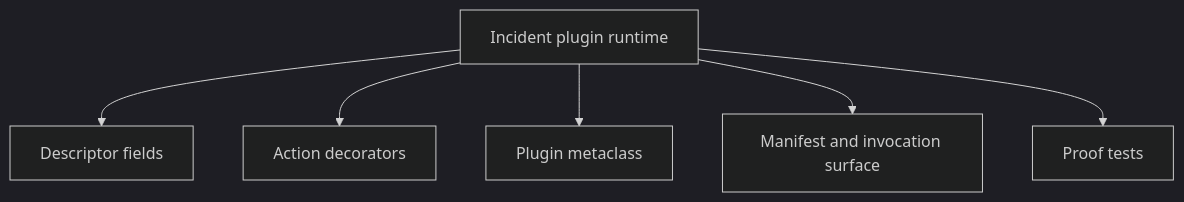
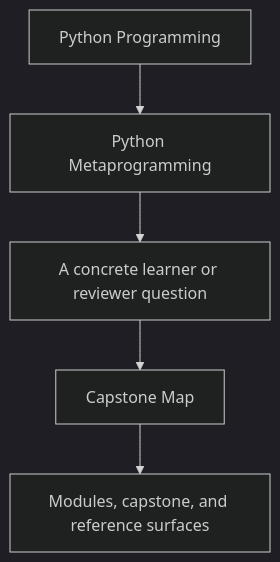
The first of 2 diagrams in programs/python-programming/python-meta-programming/course-book/guides/capstone-map.md (bijux/bijux-masterclass), drawn with Mermaid (dark theme) before and after one commit. The commit also changed other lines of this file and 15 other files, not shown here.

Commit message:
docs(python-meta-programming): sharpen guide and reference diagrams

````diff
--- a/programs/python-programming/python-meta-programming/course-book/guides/capstone-map.md
+++ b/programs/python-programming/python-meta-programming/course-book/guides/capstone-map.md
@@ -6,15 +6,7 @@
 ```mermaid
-graph TD
-  capstone["Incident plugin runtime"]
-  fields["Descriptor fields"]
-  actions["Action decorators"]
-  meta["Plugin metaclass"]
-  manifest["Manifest and invocation surface"]
-  tests["Proof tests"]
-
-  capstone --> fields
-  capstone --> actions
-  capstone --> meta
-  capstone --> manifest
-  capstone --> tests
+flowchart TD
+  family["Python Programming"] --> program["Python Metaprogramming"]
+  program --> pressure["A concrete learner or reviewer question"]
+  pressure --> guide["Capstone Map"]
+  guide --> next["Modules, capstone, and reference surfaces"]
 ```
````
